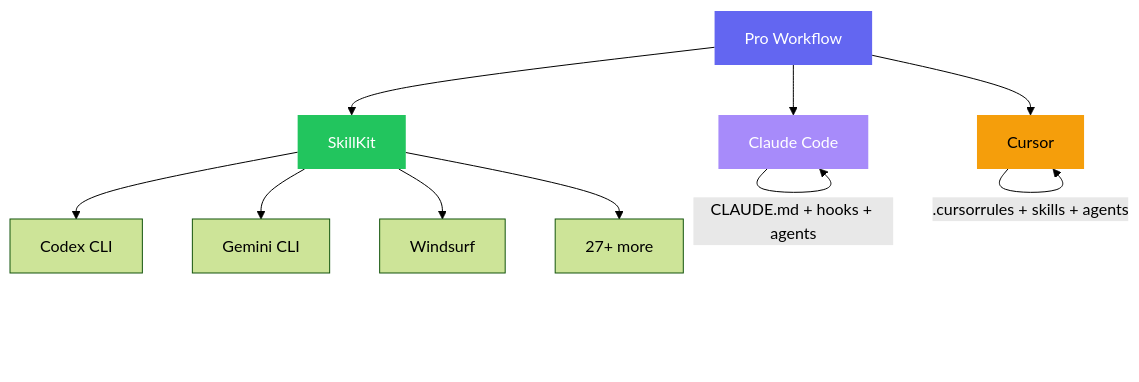
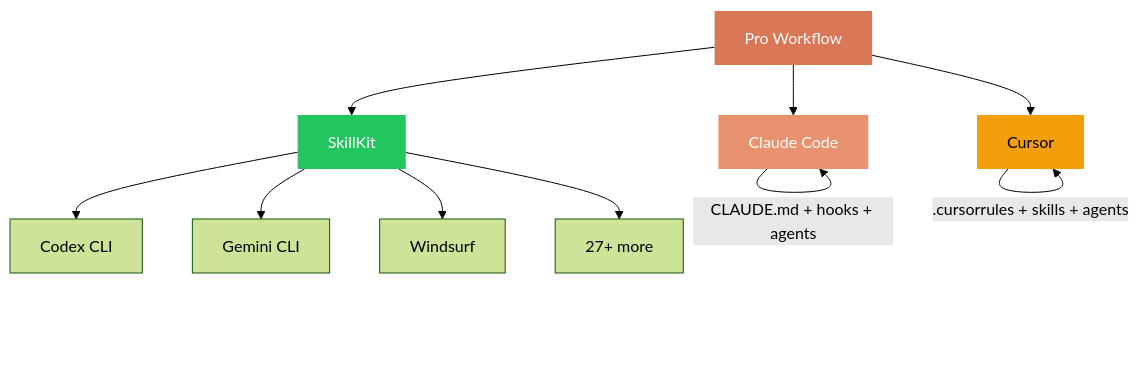
One commit to MaTriXy/pro-workflow changed the second of 2 diagrams in README.md. Above: the diagram before and after it, drawn with Mermaid (forest theme). The commit also changed other lines of this file and 1 other file, not shown here.

````diff
--- a/README.md
+++ b/README.md
@@ -278,19 +279,19 @@
 ```mermaid
 graph TD
     PW[Pro Workflow] --> CC[Claude Code]
     PW --> CU[Cursor]
     PW --> SK[SkillKit]
 
     CC --> |"CLAUDE.md + hooks + agents"| CC
     CU --> |".cursorrules + skills + agents"| CU
 
     SK --> CO[Codex CLI]
     SK --> GC[Gemini CLI]
     SK --> WS[Windsurf]
     SK --> MORE[27+ more]
 
-    style PW fill:#6366f1,color:#fff,stroke:none
-    style CC fill:#a78bfa,color:#fff,stroke:none
+    style PW fill:#D97757,color:#fff,stroke:none
+    style CC fill:#E8926F,color:#fff,stroke:none
     style CU fill:#f59e0b,color:#000,stroke:none
     style SK fill:#22c55e,color:#fff,stroke:none
 ```
````
